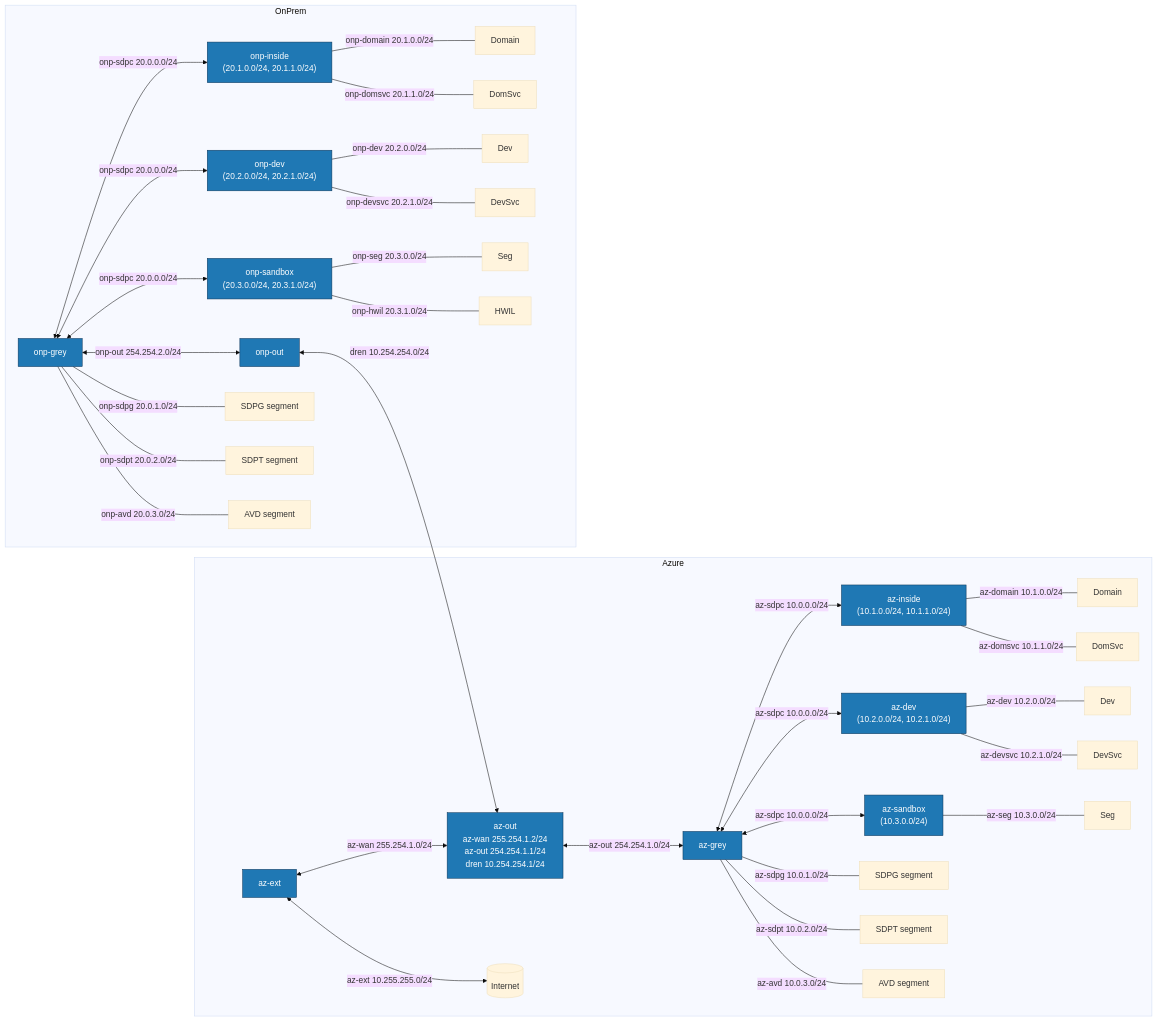
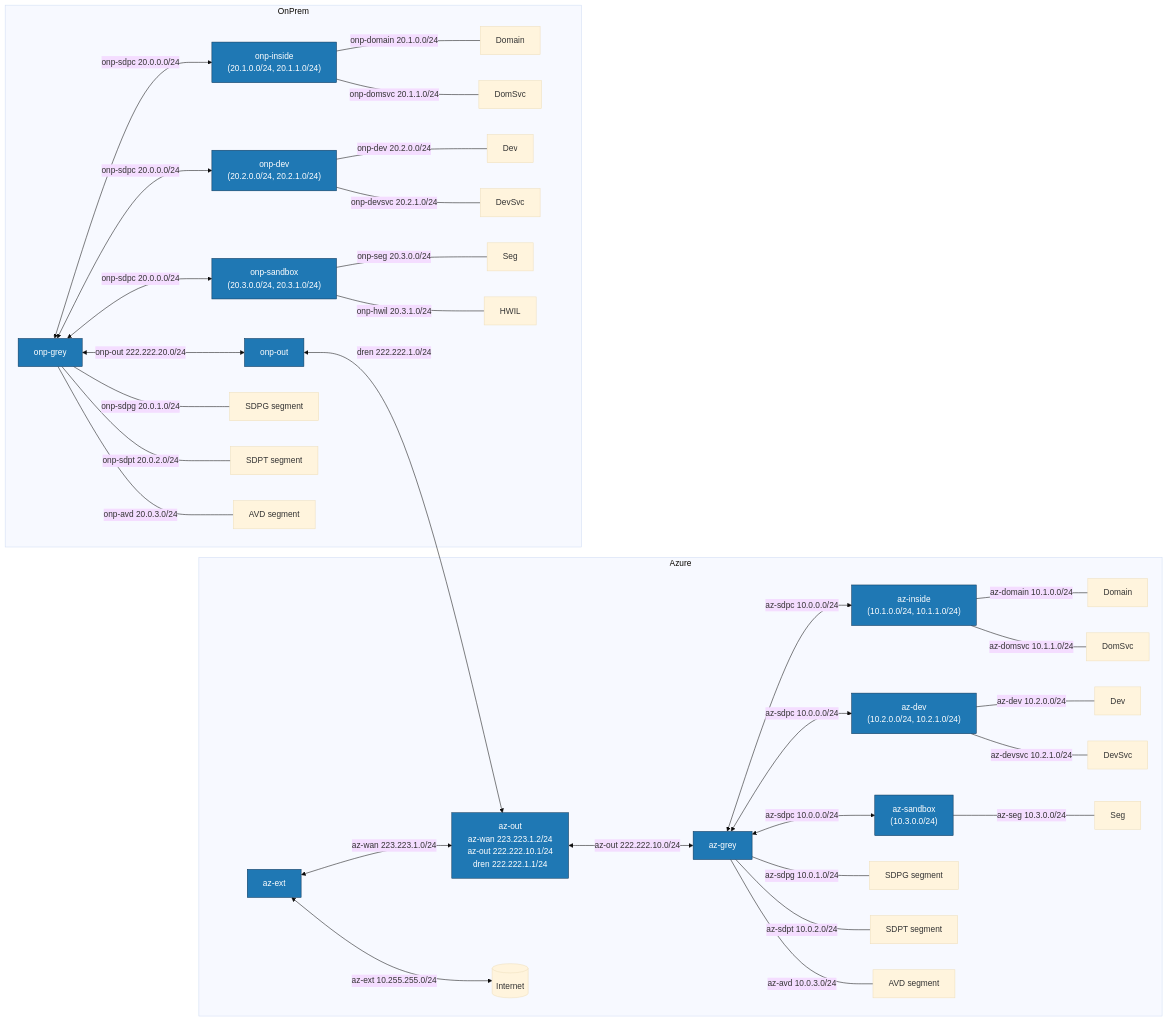
The diagram in diagrams/routing-topology.mmd (cantrellr/vyos-appgate-dren-lab), drawn with Mermaid (base theme) before and after one commit. The commit also changed 24 other files, not shown here.

```diff
--- a/diagrams/routing-topology.mmd
+++ b/diagrams/routing-topology.mmd
@@ -1,51 +1,51 @@
 flowchart LR
     classDef router fill:#1f78b4,stroke:#0b3558,color:#ffffff;
 
     subgraph Azure
         az_ext["az-ext"]:::router
-        az_out["az-out\naz-wan 255.254.1.2/24\naz-out 254.254.1.1/24\ndren 10.254.254.1/24"]:::router
+        az_out["az-out\naz-wan 223.223.1.2/24\naz-out 222.222.10.1/24\ndren 222.222.1.1/24"]:::router
         az_grey["az-grey"]:::router
         az_inside["az-inside\n(10.1.0.0/24, 10.1.1.0/24)"]:::router
         az_dev["az-dev\n(10.2.0.0/24, 10.2.1.0/24)"]:::router
         az_sandbox["az-sandbox\n(10.3.0.0/24)"]:::router
         internet[("Internet")]
 
         az_ext <--> |"az-ext 10.255.255.0/24"| internet
-        az_ext <--> |"az-wan 255.254.1.0/24"| az_out
-        az_out <--> |"az-out 254.254.1.0/24"| az_grey
+        az_ext <--> |"az-wan 223.223.1.0/24"| az_out
+        az_out <--> |"az-out 222.222.10.0/24"| az_grey
         az_grey <--> |"az-sdpc 10.0.0.0/24"| az_inside
         az_grey <--> |"az-sdpc 10.0.0.0/24"| az_dev
         az_grey <--> |"az-sdpc 10.0.0.0/24"| az_sandbox
         az_inside --- |"az-domain 10.1.0.0/24"| az_domain["Domain"]
         az_inside --- |"az-domsvc 10.1.1.0/24"| az_domsvc["DomSvc"]
         az_dev --- |"az-dev 10.2.0.0/24"| az_devnet["Dev"]
         az_dev --- |"az-devsvc 10.2.1.0/24"| az_devsvc["DevSvc"]
         az_sandbox --- |"az-seg 10.3.0.0/24"| az_seg["Seg"]
         az_grey --- |"az-sdpg 10.0.1.0/24"| az_sdpg["SDPG segment"]
         az_grey --- |"az-sdpt 10.0.2.0/24"| az_sdpt["SDPT segment"]
         az_grey --- |"az-avd 10.0.3.0/24"| az_avd["AVD segment"]
     end
 
     subgraph OnPrem
         onp_out["onp-out"]:::router
         onp_grey["onp-grey"]:::router
         onp_inside["onp-inside\n(20.1.0.0/24, 20.1.1.0/24)"]:::router
         onp_dev["onp-dev\n(20.2.0.0/24, 20.2.1.0/24)"]:::router
         onp_sandbox["onp-sandbox\n(20.3.0.0/24, 20.3.1.0/24)"]:::router
 
-        onp_grey <--> |"onp-out 254.254.2.0/24"| onp_out
+        onp_grey <--> |"onp-out 222.222.20.0/24"| onp_out
         onp_grey <--> |"onp-sdpc 20.0.0.0/24"| onp_inside
         onp_grey <--> |"onp-sdpc 20.0.0.0/24"| onp_dev
         onp_grey <--> |"onp-sdpc 20.0.0.0/24"| onp_sandbox
         onp_inside --- |"onp-domain 20.1.0.0/24"| onp_domain["Domain"]
         onp_inside --- |"onp-domsvc 20.1.1.0/24"| onp_domsvc["DomSvc"]
         onp_dev --- |"onp-dev 20.2.0.0/24"| onp_devnet["Dev"]
         onp_dev --- |"onp-devsvc 20.2.1.0/24"| onp_devsvc["DevSvc"]
         onp_sandbox --- |"onp-seg 20.3.0.0/24"| onp_seg["Seg"]
         onp_sandbox --- |"onp-hwil 20.3.1.0/24"| onp_hwil["HWIL"]
         onp_grey --- |"onp-sdpg 20.0.1.0/24"| onp_sdpg["SDPG segment"]
         onp_grey --- |"onp-sdpt 20.0.2.0/24"| onp_sdpt["SDPT segment"]
         onp_grey --- |"onp-avd 20.0.3.0/24"| onp_avd["AVD segment"]
     end
 
-    onp_out <--> |"dren 10.254.254.0/24"| az_out
+    onp_out <--> |"dren 222.222.1.0/24"| az_out
```
